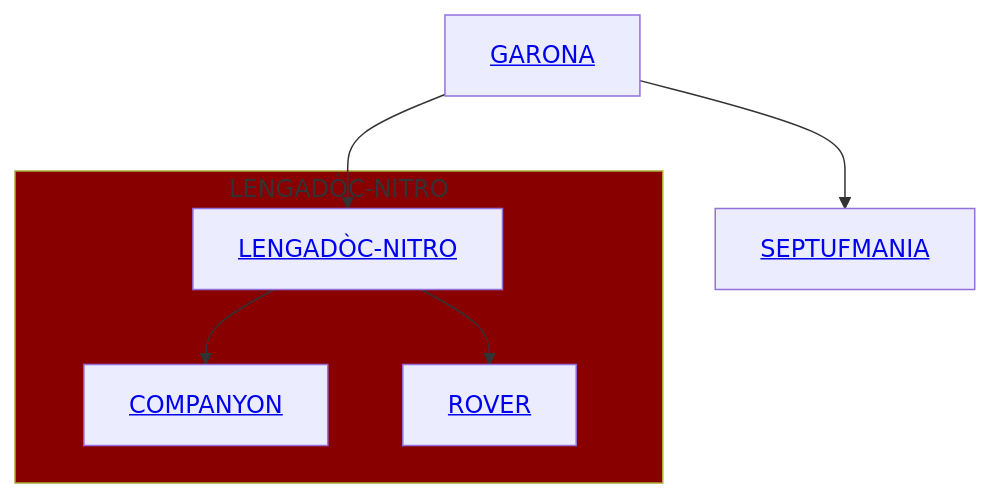
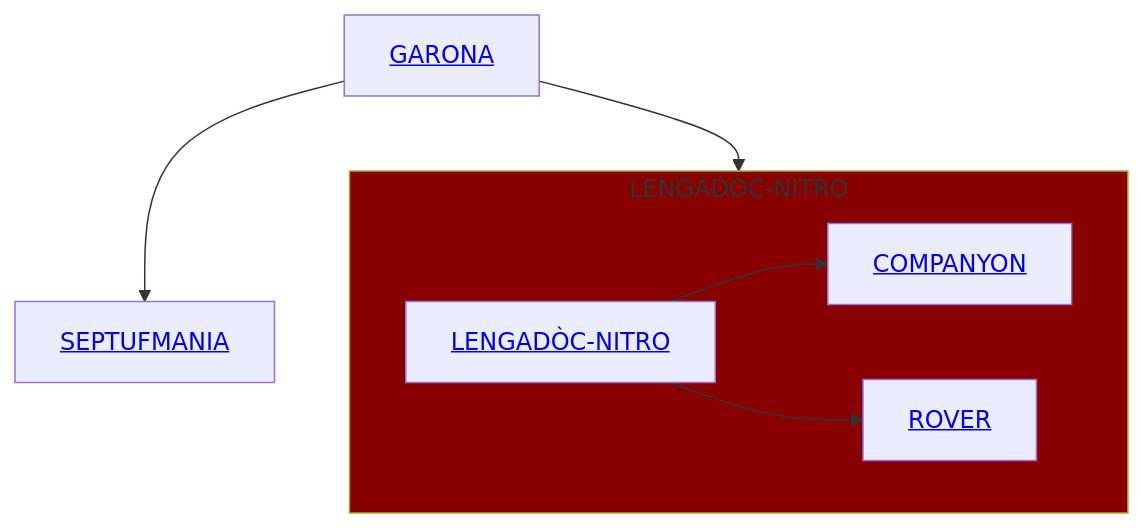
The diagram in README_OC.md (Septimania/septimania), drawn with Mermaid before and after one commit.

````diff
--- a/README_OC.md
+++ b/README_OC.md
@@ -121,11 +121,13 @@
 ```mermaid
   graph TD
-      A["<a href="https://synologygaronne.wixsite.com/synologygaronne">GARONA</a>"] --> B["<a href="https://languedocnitro.wixsite.com/languedoc-nitro">LENGADÒC-NITRO</a>"]
+      A["<a href="https://synologygaronne.wixsite.com/synologygaronne">GARONA</a>"]
       subgraph NITRO [LENGADÒC-NITRO]
+      B["<a href="https://languedocnitro.wixsite.com/languedoc-nitro">LENGADÒC-NITRO</a>"]
       B --> C["<a href="https://languedocnitro.wixsite.com/compagnon">COMPANYON</a>"]
       B --> D["<a href="https://languedocnitro.wixsite.com/rover">ROVER</a>"]
       end
+      A --> NITRO
       A --> E["<a href="https://septufmanie.wixsite.com/septufmanie">SEPTUFMANIA</a>"]
 
       style NITRO fill:#800
 ```
````
